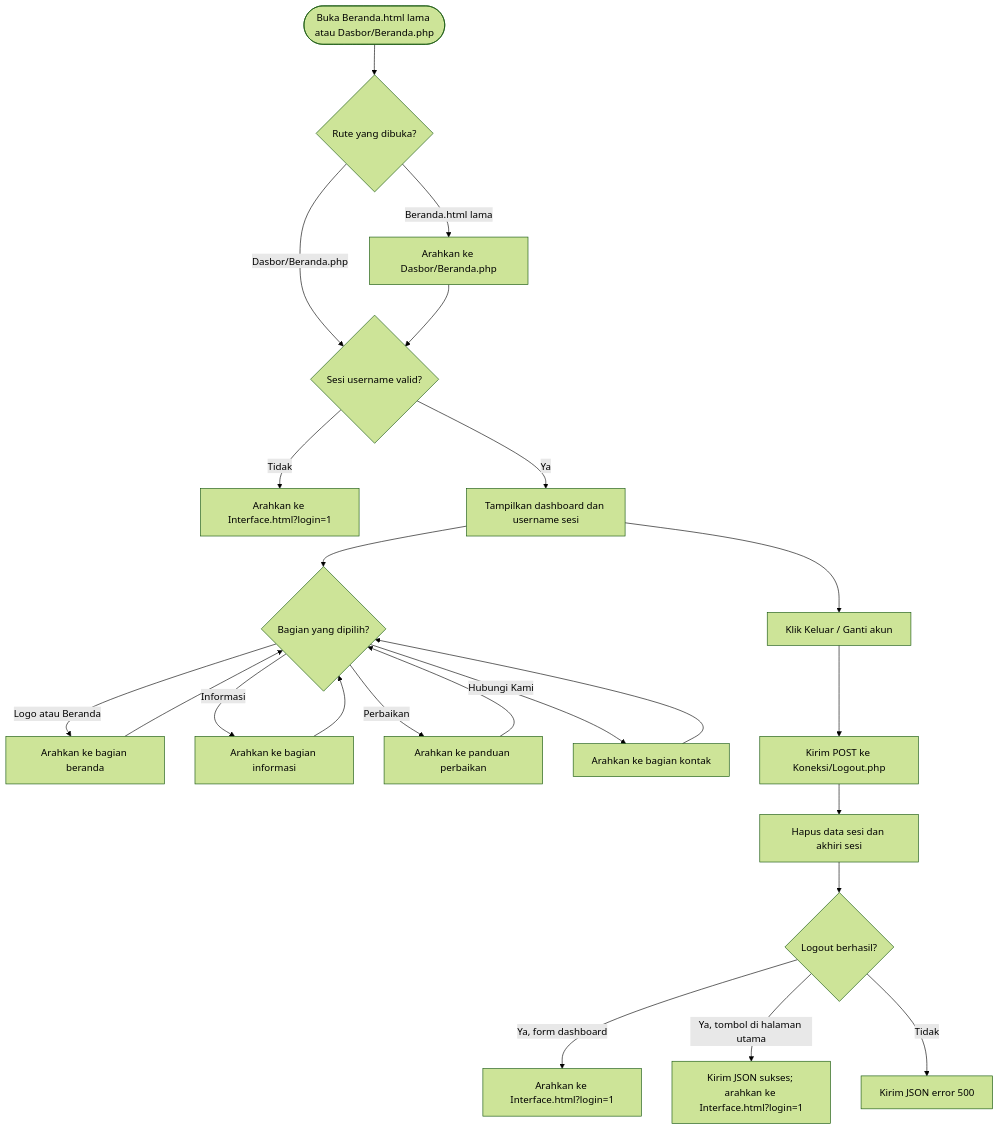
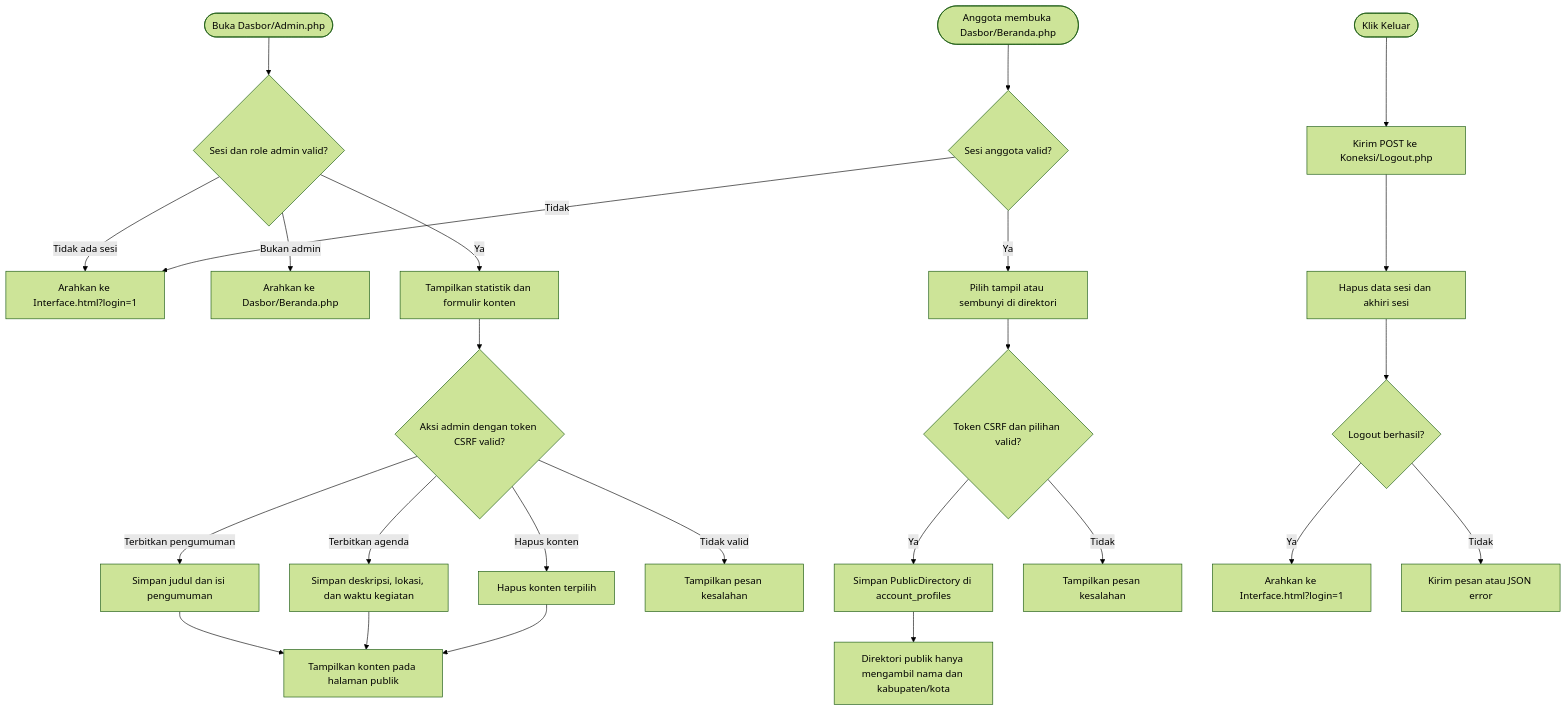
The fourth of 5 diagrams in Flowchart.md (mahasiswaabi-byte/Pmrograman-Client-Server), drawn with Mermaid (forest theme) before and after one commit. The commit also changed other lines of this file and 9 other files, not shown here.

````diff
--- a/Flowchart.md
+++ b/Flowchart.md
@@ -144,27 +155,29 @@
 ```mermaid
 flowchart TD
-    A([Buka Beranda.html lama atau Dasbor/Beranda.php]) --> B{Rute yang dibuka?}
-    B -->|Beranda.html lama| C[Arahkan ke Dasbor/Beranda.php]
-    B -->|Dasbor/Beranda.php| D{Sesi username valid?}
-    C --> D
-    D -->|Tidak| E[Arahkan ke Interface.html?login=1]
-    D -->|Ya| F[Tampilkan dashboard dan username sesi]
+    A([Buka Dasbor/Admin.php]) --> B{Sesi dan role admin valid?}
+    B -->|Tidak ada sesi| C[Arahkan ke Interface.html?login=1]
+    B -->|Bukan admin| D[Arahkan ke Dasbor/Beranda.php]
+    B -->|Ya| E[Tampilkan statistik dan formulir konten]
+    E --> F{Aksi admin dengan token CSRF valid?}
+    F -->|Terbitkan pengumuman| G[Simpan judul dan isi pengumuman]
+    F -->|Terbitkan agenda| H[Simpan deskripsi, lokasi, dan waktu kegiatan]
+    F -->|Hapus konten| I[Hapus konten terpilih]
+    G --> J[Tampilkan konten pada halaman publik]
+    H --> J
+    I --> J
+    F -->|Tidak valid| K[Tampilkan pesan kesalahan]
 
-    F --> G{Bagian yang dipilih?}
-    G -->|Logo atau Beranda| H[Arahkan ke bagian beranda]
-    G -->|Informasi| I[Arahkan ke bagian informasi]
-    G -->|Perbaikan| J[Arahkan ke panduan perbaikan]
-    G -->|Hubungi Kami| K[Arahkan ke bagian kontak]
-    H --> G
-    I --> G
-    J --> G
-    K --> G
+    L([Anggota membuka Dasbor/Beranda.php]) --> M{Sesi anggota valid?}
+    M -->|Tidak| C
+    M -->|Ya| N[Pilih tampil atau sembunyi di direktori]
+    N --> O{Token CSRF dan pilihan valid?}
+    O -->|Ya| P[Simpan PublicDirectory di account_profiles]
+    O -->|Tidak| Q[Tampilkan pesan kesalahan]
+    P --> R[Direktori publik hanya mengambil nama dan kabupaten/kota]
 
-    F --> L[Klik Keluar / Ganti akun]
-    L --> M[Kirim POST ke Koneksi/Logout.php]
-    M --> N[Hapus data sesi dan akhiri sesi]
-    N --> O{Logout berhasil?}
-    O -->|Ya, form dashboard| P[Arahkan ke Interface.html?login=1]
-    O -->|Ya, tombol di halaman utama| Q[Kirim JSON sukses; arahkan ke Interface.html?login=1]
-    O -->|Tidak| R[Kirim JSON error 500]
+    S([Klik Keluar]) --> T[Kirim POST ke Koneksi/Logout.php]
+    T --> U[Hapus data sesi dan akhiri sesi]
+    U --> V{Logout berhasil?}
+    V -->|Ya| W[Arahkan ke Interface.html?login=1]
+    V -->|Tidak| X[Kirim pesan atau JSON error]
 ```
````
